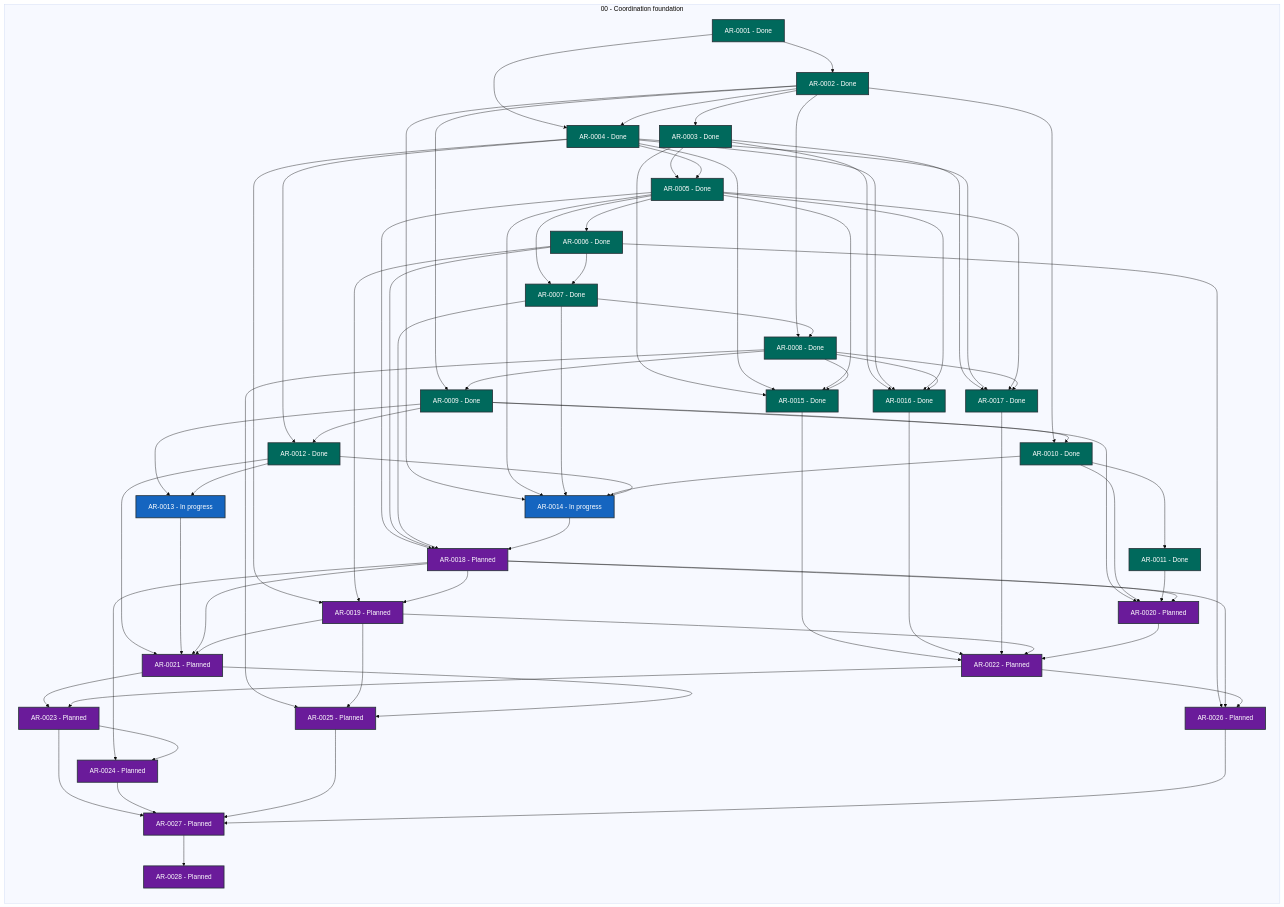
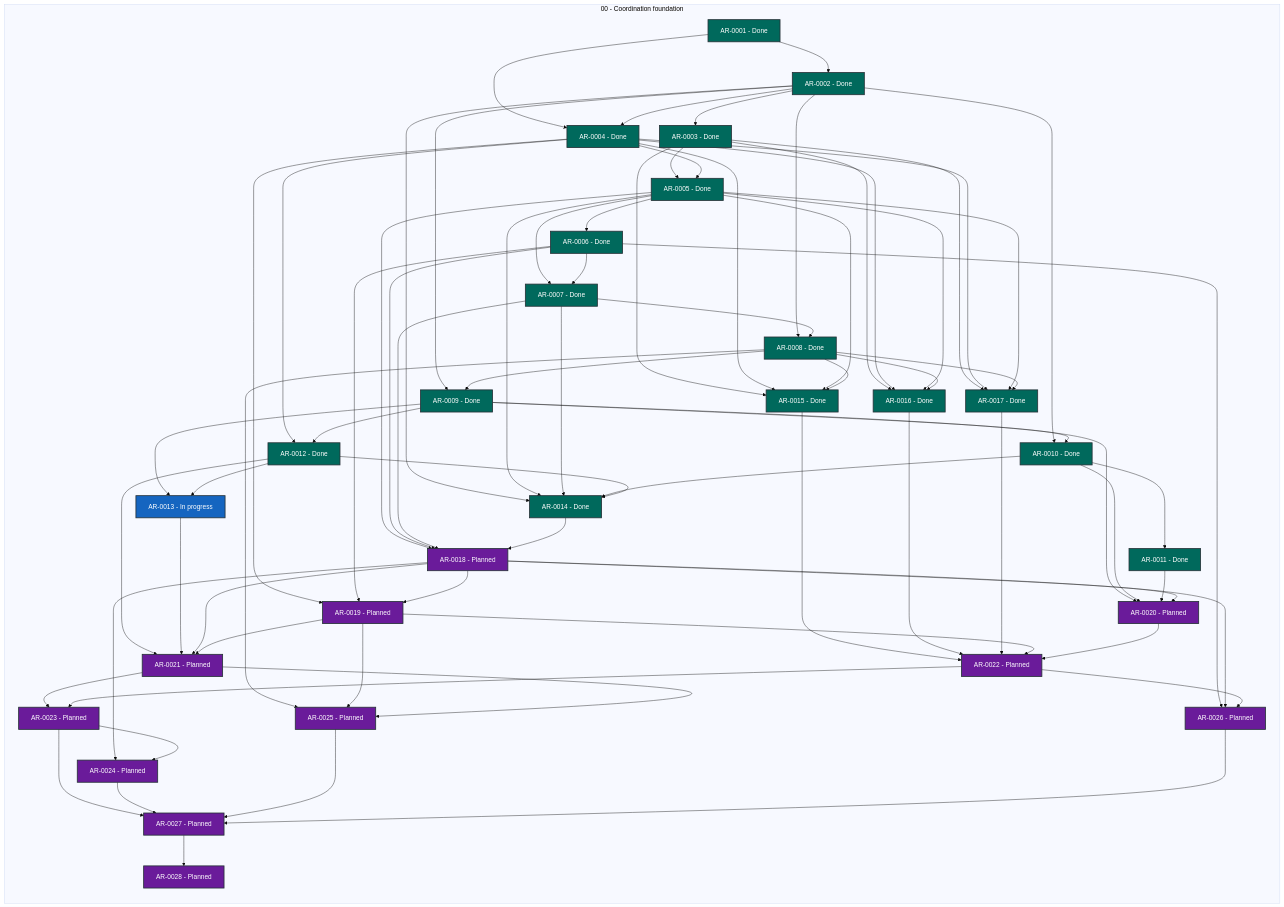
Before and after one commit to martin-beck/agent-workflow-runtime-state: the diagram in STATUS.md, drawn with Mermaid (base theme). The commit also changed other lines of this file and 2 other files, not shown here.

```diff
--- a/STATUS.md
+++ b/STATUS.md
@@ -41,7 +41,7 @@
         AR_0011["AR-0011 - Done"]:::status_done
         AR_0012["AR-0012 - Done"]:::status_done
         AR_0013["AR-0013 - In progress"]:::status_in_progress
-        AR_0014["AR-0014 - In progress"]:::status_in_progress
+        AR_0014["AR-0014 - Done"]:::status_done
         AR_0015["AR-0015 - Done"]:::status_done
         AR_0016["AR-0016 - Done"]:::status_done
         AR_0017["AR-0017 - Done"]:::status_done
```
